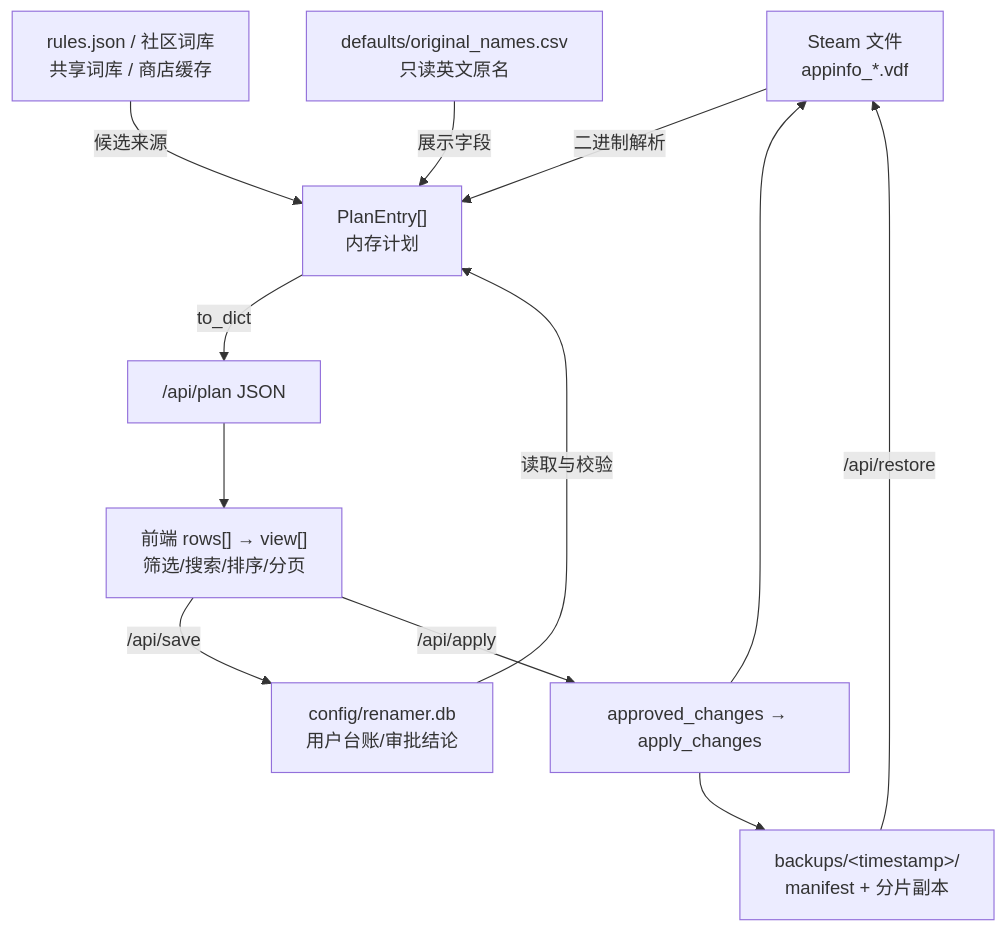
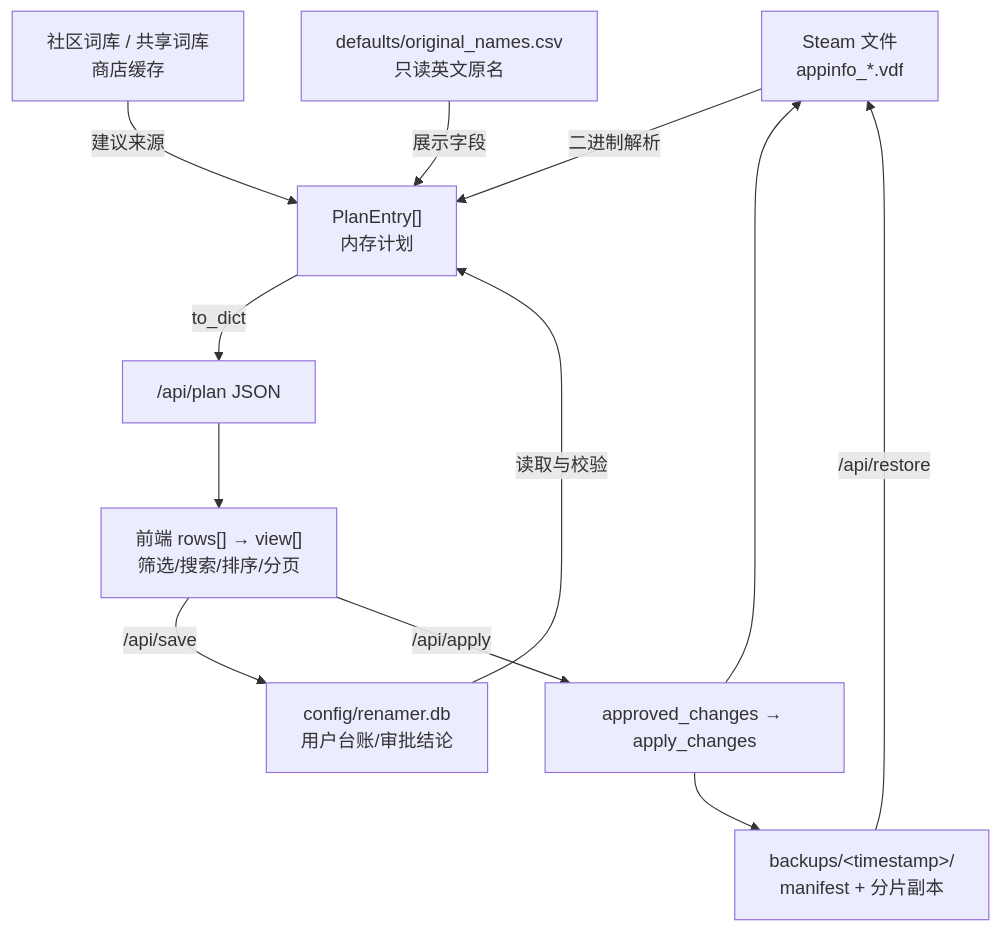
Before and after one commit to yguangjie365/SteamGameRename: the third of 5 diagrams in docs/开发者说明.md, drawn with Mermaid. The commit also changed other lines of this file and 18 other files, not shown here.

````diff
--- a/docs/开发者说明.md
+++ b/docs/开发者说明.md
@@ -222,14 +219,14 @@
 ```mermaid
 flowchart TD
     S1["Steam 文件<br/>appinfo_*.vdf"] -->|二进制解析| P["PlanEntry[]<br/>内存计划"]
     S2["config/renamer.db<br/>用户台账/审批结论"] -->|读取与校验| P
-    S3["rules.json / 社区词库<br/>共享词库 / 商店缓存"] -->|候选来源| P
+    S3["社区词库 / 共享词库<br/>商店缓存"] -->|建议来源| P
     S4["defaults/original_names.csv<br/>只读英文原名"] -->|展示字段| P
     P -->|to_dict| API["/api/plan JSON"]
     API --> UI["前端 rows[] → view[]<br/>筛选/搜索/排序/分页"]
     UI -->|/api/save| S2
     UI -->|/api/apply| W["approved_changes → apply_changes"]
     W --> S1
     W --> B["backups/&lt;timestamp&gt;/<br/>manifest + 分片副本"]
     B -->|/api/restore| S1
 ```
````
